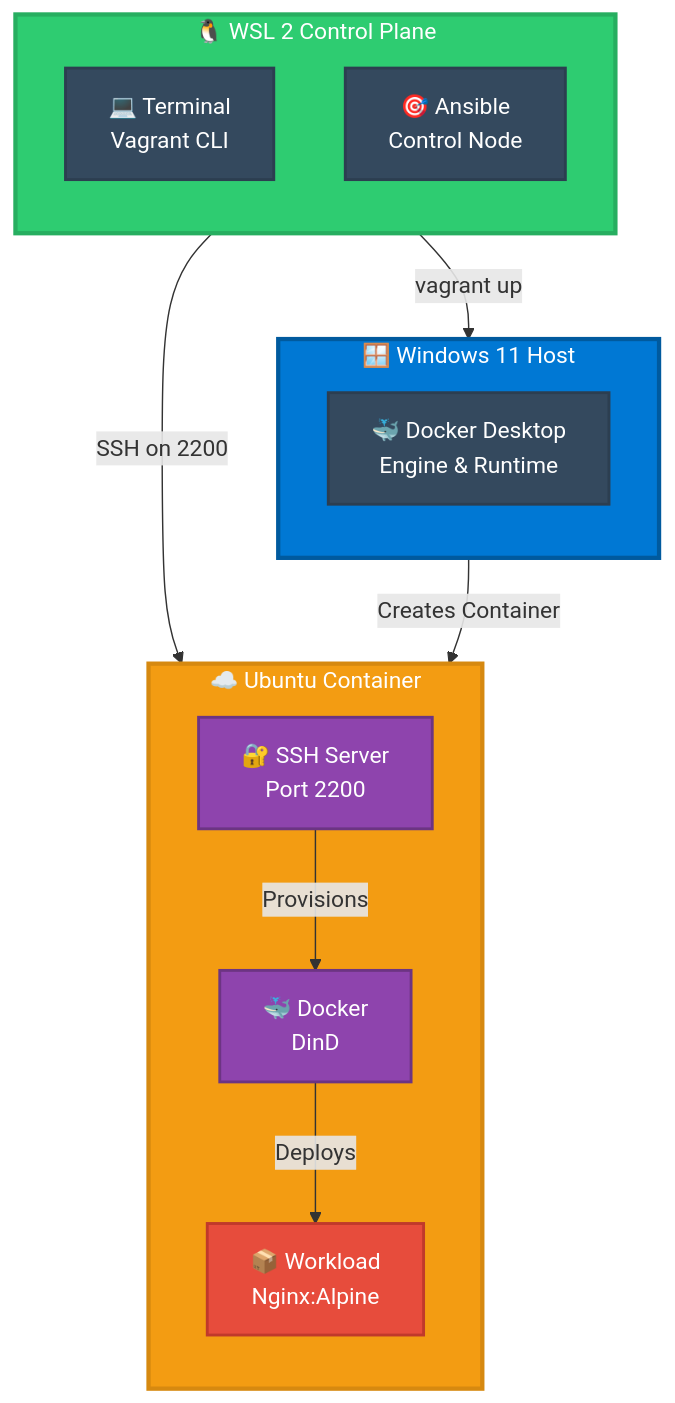
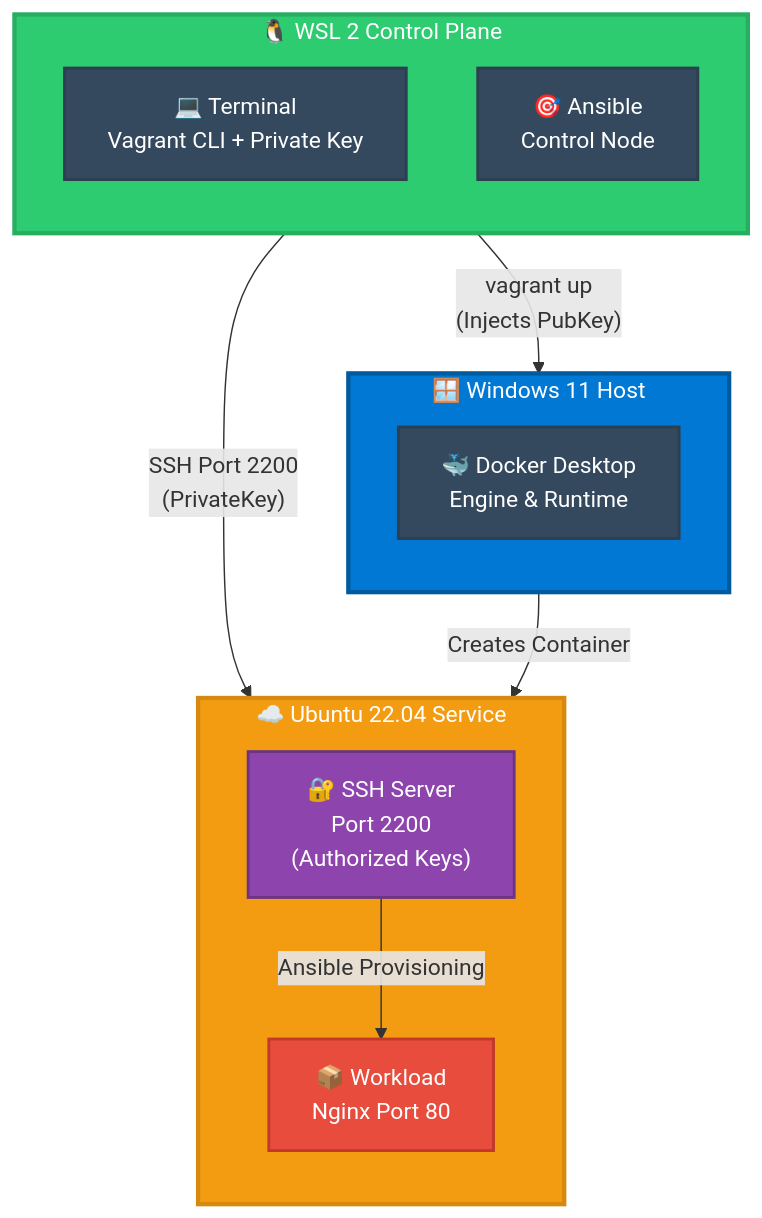
Before and after one commit to jgaragorry/SRE-Cloud-Architecture-Hub: the diagram in RUNBOOK.md, drawn with Mermaid. The commit also changed other lines of this file and 4 other files, not shown here.

````diff
--- a/RUNBOOK.md
+++ b/RUNBOOK.md
@@ -43,36 +47,33 @@
 ```mermaid
 graph TB
     subgraph Host["🪟 Windows 11 Host"]
         direction TB
         DD["🐳 Docker Desktop<br/>Engine & Runtime"]
     end
 
     subgraph WSL["🐧 WSL 2 Control Plane"]
         direction TB
-        CLI["💻 Terminal<br/>Vagrant CLI"]
+        CLI["💻 Terminal<br/>Vagrant CLI + Private Key"]
         ANS["🎯 Ansible<br/>Control Node"]
     end
 
-    subgraph Container["☁️ Ubuntu Container"]
+    subgraph Container["☁️ Ubuntu 22.04 Service"]
         direction TB
-        SSH["🔐 SSH Server<br/>Port 2200"]
-        DinD["🐳 Docker<br/>DinD"]
-        APP["📦 Workload<br/>Nginx:Alpine"]
+        SSH["🔐 SSH Server<br/>Port 2200<br/>(Authorized Keys)"]
+        APP["📦 Workload<br/>Nginx Port 80"]
     end
 
-    CLI -->|"vagrant up"| DD
+    CLI -->|"vagrant up<br/>(Injects PubKey)"| DD
     DD -->|"Creates Container"| SSH
-    ANS -->|"SSH on 2200"| SSH
-    SSH -->|"Provisions"| DinD
-    DinD -->|"Deploys"| APP
+    ANS -->|"SSH Port 2200<br/>(PrivateKey)"| SSH
+    SSH -->|"Ansible Provisioning"| APP
 
     style Host fill:#0078D4,stroke:#005A9E,stroke-width:3px,color:#fff
     style WSL fill:#2ECC71,stroke:#27AE60,stroke-width:3px,color:#fff
     style Container fill:#F39C12,stroke:#D68910,stroke-width:3px,color:#fff
     style CLI fill:#34495E,stroke:#2C3E50,stroke-width:2px,color:#fff
     style ANS fill:#34495E,stroke:#2C3E50,stroke-width:2px,color:#fff
     style DD fill:#34495E,stroke:#2C3E50,stroke-width:2px,color:#fff
     style SSH fill:#8E44AD,stroke:#6C3483,stroke-width:2px,color:#fff
-    style DinD fill:#8E44AD,stroke:#6C3483,stroke-width:2px,color:#fff
     style APP fill:#E74C3C,stroke:#C0392B,stroke-width:2px,color:#fff
 ```
````
